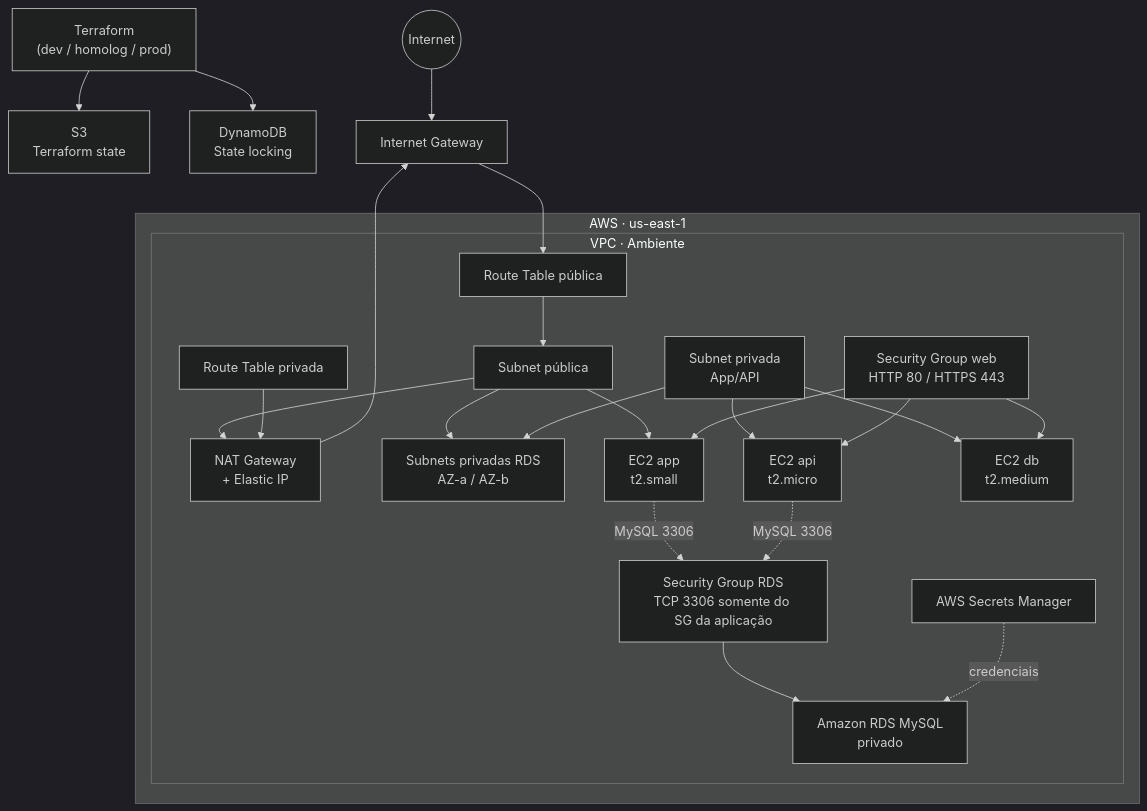
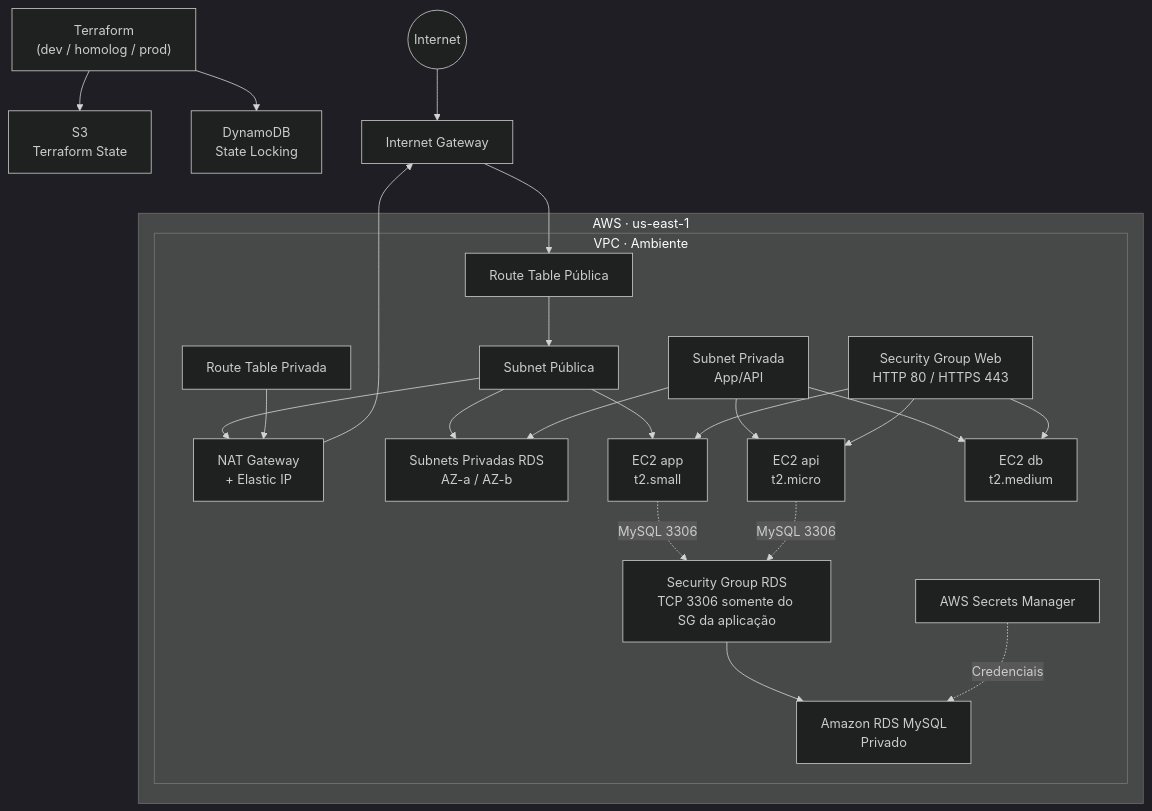
One commit to DiegoMeloDevOps/terraform-learning changed the diagram in README.md. Above: the diagram before and after it, drawn with Mermaid (dark theme). The commit also changed other lines of this file, not shown here.

````diff
--- a/README.md
+++ b/README.md
@@ -9,63 +13,63 @@
 ```mermaid
 flowchart TB
-    TF["Terraform\n(dev / homolog / prod)"]
-    State["S3\nTerraform state"]
-    Lock["DynamoDB\nState locking"]
+    TF["Terraform<br/>(dev / homolog / prod)"]
+    State["S3<br/>Terraform State"]
+    Lock["DynamoDB<br/>State Locking"]
 
     TF --> State
     TF --> Lock
 
     Internet((Internet))
     IGW["Internet Gateway"]
 
     subgraph AWS["AWS · us-east-1"]
         subgraph VPC["VPC · Ambiente"]
 
-            PublicRT["Route Table pública"]
-            Public["Subnet pública"]
+            PublicRT["Route Table Pública"]
+            Public["Subnet Pública"]
 
-            NAT["NAT Gateway\n+ Elastic IP"]
+            NAT["NAT Gateway<br/>+ Elastic IP"]
 
-            PrivateRT["Route Table privada"]
-            Private["Subnet privada\nApp/API"]
+            PrivateRT["Route Table Privada"]
+            Private["Subnet Privada<br/>App/API"]
 
-            RDSRT["Subnets privadas RDS\nAZ-a / AZ-b"]
+            RDSRT["Subnets Privadas RDS<br/>AZ-a / AZ-b"]
 
-            App["EC2 app\nt2.small"]
-            API["EC2 api\nt2.micro"]
-            DBEC2["EC2 db\nt2.medium"]
+            App["EC2 app<br/>t2.small"]
+            API["EC2 api<br/>t2.micro"]
+            DBEC2["EC2 db<br/>t2.medium"]
 
-            WebSG["Security Group web\nHTTP 80 / HTTPS 443"]
-            RDS_SG["Security Group RDS\nTCP 3306 somente do SG da aplicação"]
+            WebSG["Security Group Web<br/>HTTP 80 / HTTPS 443"]
+            RDSSG["Security Group RDS<br/>TCP 3306 somente do SG da aplicação"]
 
             Secret["AWS Secrets Manager"]
-            RDS["Amazon RDS MySQL\nprivado"]
+            RDS["Amazon RDS MySQL<br/>Privado"]
 
         end
     end
 
     Internet --> IGW
     IGW --> PublicRT
     PublicRT --> Public
 
     Public --> App
     Public --> NAT
 
     Private --> API
     Private --> DBEC2
     PrivateRT --> NAT
     NAT --> IGW
 
     WebSG --> App
     WebSG --> API
     WebSG --> DBEC2
 
-    App -. "MySQL 3306" .-> RDS_SG
-    API -. "MySQL 3306" .-> RDS_SG
-    RDS_SG --> RDS
+    App -. "MySQL 3306" .-> RDSSG
+    API -. "MySQL 3306" .-> RDSSG
+    RDSSG --> RDS
 
-    Secret -. "credenciais" .-> RDS
+    Secret -. "Credenciais" .-> RDS
 
     Public --> RDSRT
     Private --> RDSRT
 ```
````
